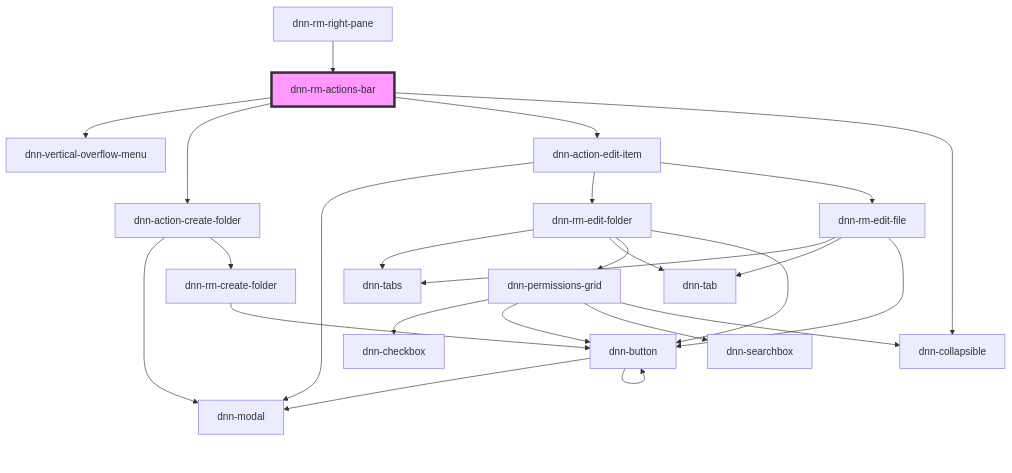
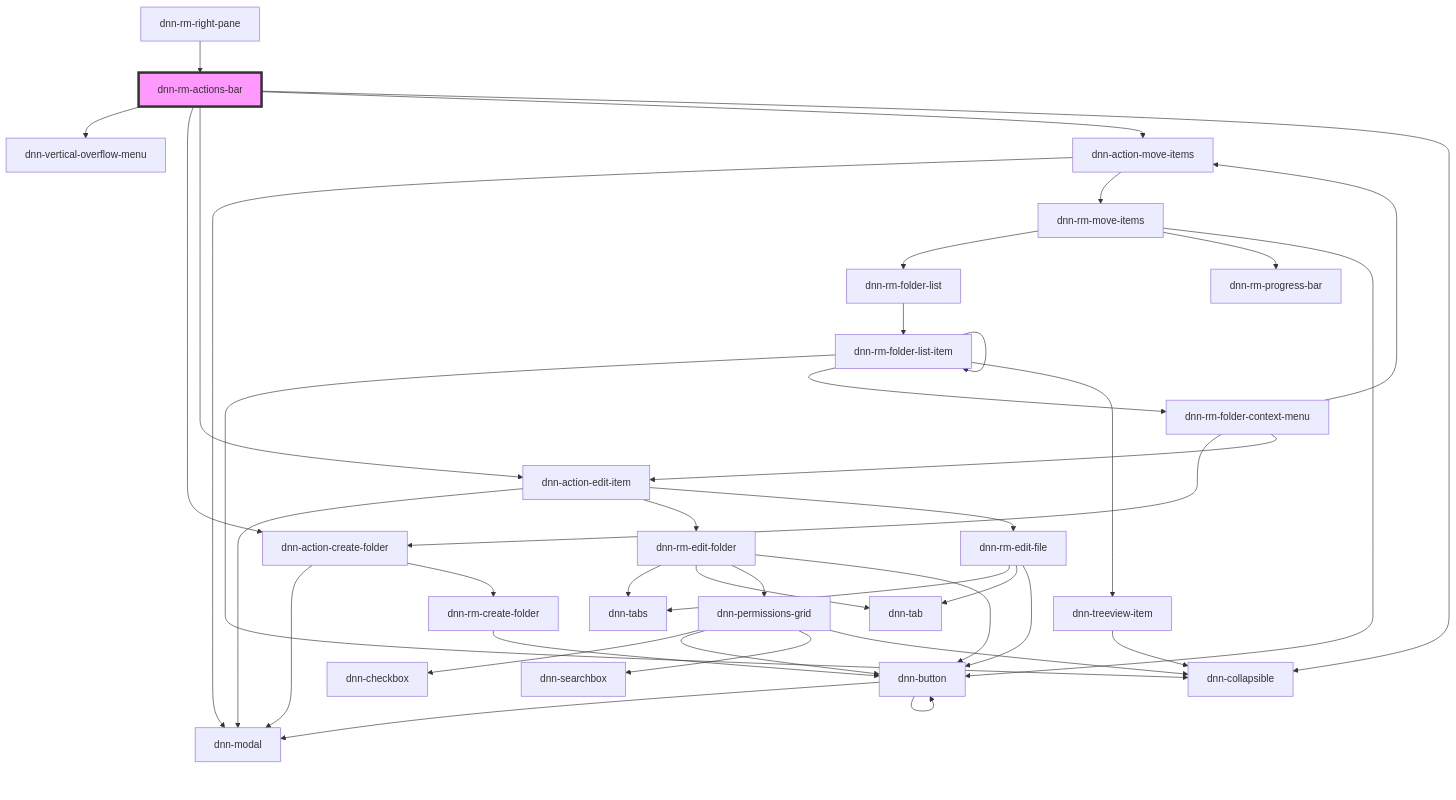
One commit to dnnsoftware/Dnn.Platform changed the diagram in DNN Platform/Modules/ResourceManager/ResourceManager.Web/src/components/dnn-rm-actions-bar/readme.md. Above: the diagram before and after it, drawn with Mermaid. The commit also changed other lines of this file and 29 other files, not shown here.

First line of the commit message:
Implemented item move feature

````diff
--- a/DNN Platform/Modules/ResourceManager/ResourceManager.Web/src/components/dnn-rm-actions-bar/readme.md
+++ b/DNN Platform/Modules/ResourceManager/ResourceManager.Web/src/components/dnn-rm-actions-bar/readme.md
@@ -22,28 +23,43 @@
 ```mermaid
 graph TD;
   dnn-rm-actions-bar --> dnn-vertical-overflow-menu
   dnn-rm-actions-bar --> dnn-action-create-folder
   dnn-rm-actions-bar --> dnn-action-edit-item
+  dnn-rm-actions-bar --> dnn-action-move-items
   dnn-rm-actions-bar --> dnn-collapsible
   dnn-action-create-folder --> dnn-modal
   dnn-action-create-folder --> dnn-rm-create-folder
   dnn-rm-create-folder --> dnn-button
   dnn-button --> dnn-modal
   dnn-button --> dnn-button
   dnn-action-edit-item --> dnn-modal
   dnn-action-edit-item --> dnn-rm-edit-folder
   dnn-action-edit-item --> dnn-rm-edit-file
   dnn-rm-edit-folder --> dnn-tabs
   dnn-rm-edit-folder --> dnn-tab
   dnn-rm-edit-folder --> dnn-permissions-grid
   dnn-rm-edit-folder --> dnn-button
   dnn-permissions-grid --> dnn-checkbox
   dnn-permissions-grid --> dnn-button
   dnn-permissions-grid --> dnn-searchbox
   dnn-permissions-grid --> dnn-collapsible
   dnn-rm-edit-file --> dnn-tabs
   dnn-rm-edit-file --> dnn-tab
   dnn-rm-edit-file --> dnn-button
+  dnn-action-move-items --> dnn-modal
+  dnn-action-move-items --> dnn-rm-move-items
+  dnn-rm-move-items --> dnn-rm-folder-list
+  dnn-rm-move-items --> dnn-rm-progress-bar
+  dnn-rm-move-items --> dnn-button
+  dnn-rm-folder-list --> dnn-rm-folder-list-item
+  dnn-rm-folder-list-item --> dnn-collapsible
+  dnn-rm-folder-list-item --> dnn-rm-folder-context-menu
+  dnn-rm-folder-list-item --> dnn-treeview-item
+  dnn-rm-folder-list-item --> dnn-rm-folder-list-item
+  dnn-rm-folder-context-menu --> dnn-action-create-folder
+  dnn-rm-folder-context-menu --> dnn-action-edit-item
+  dnn-rm-folder-context-menu --> dnn-action-move-items
+  dnn-treeview-item --> dnn-collapsible
   dnn-rm-right-pane --> dnn-rm-actions-bar
   style dnn-rm-actions-bar fill:#f9f,stroke:#333,stroke-width:4px
 ```
````
